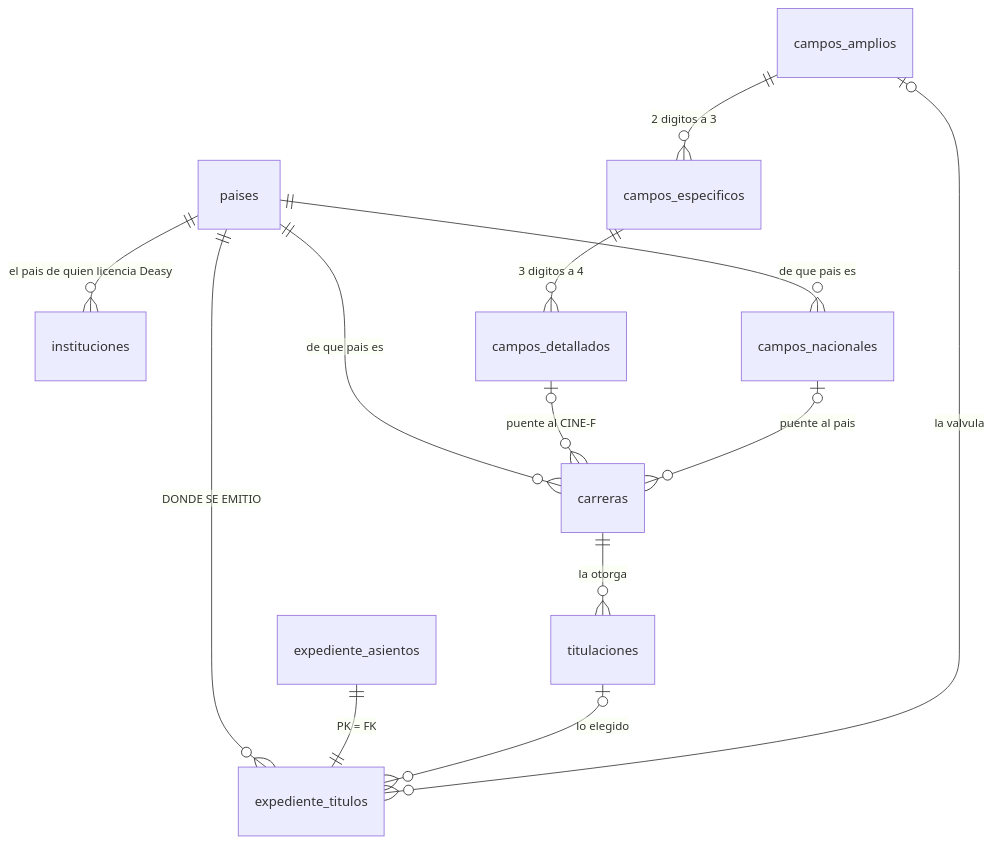
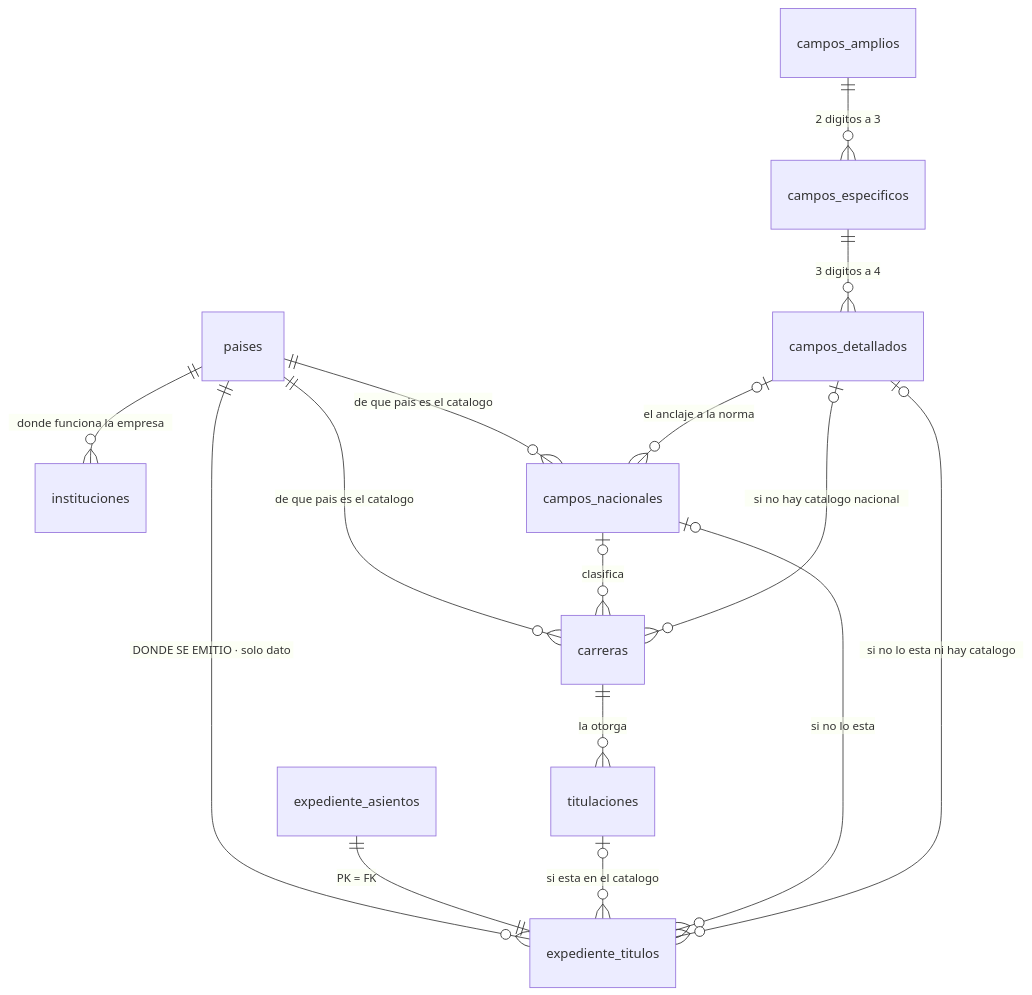
One commit to fresvel/deasy changed the fourth of 8 diagrams in docs/src/content/docs/complemento/expediente.md. Above: the diagram before and after it, drawn with Mermaid. The commit also changed other lines of this file and 2 other files, not shown here.

````diff
--- a/docs/src/content/docs/complemento/expediente.md
+++ b/docs/src/content/docs/complemento/expediente.md
@@ -266,18 +277,20 @@
 ```mermaid
 erDiagram
-  paises ||--o{ instituciones : "el pais de quien licencia Deasy"
-  paises ||--o{ campos_nacionales : "de que pais es"
-  paises ||--o{ carreras : "de que pais es"
-  paises ||--o{ expediente_titulos : "DONDE SE EMITIO"
+  paises ||--o{ instituciones : "donde funciona la empresa"
+  paises ||--o{ campos_nacionales : "de que pais es el catalogo"
+  paises ||--o{ carreras : "de que pais es el catalogo"
+  paises ||--o{ expediente_titulos : "DONDE SE EMITIO · solo dato"
 
   campos_amplios ||--o{ campos_especificos : "2 digitos a 3"
   campos_especificos ||--o{ campos_detallados : "3 digitos a 4"
+  campos_detallados |o--o{ campos_nacionales : "el anclaje a la norma"
 
-  campos_detallados |o--o{ carreras : "puente al CINE-F"
-  campos_nacionales |o--o{ carreras : "puente al pais"
+  campos_nacionales |o--o{ carreras : "clasifica"
+  campos_detallados |o--o{ carreras : "si no hay catalogo nacional"
   carreras ||--o{ titulaciones : "la otorga"
 
   expediente_asientos ||--|| expediente_titulos : "PK = FK"
-  titulaciones |o--o{ expediente_titulos : "lo elegido"
-  campos_amplios |o--o{ expediente_titulos : "la valvula"
+  titulaciones |o--o{ expediente_titulos : "si esta en el catalogo"
+  campos_nacionales |o--o{ expediente_titulos : "si no lo esta"
+  campos_detallados |o--o{ expediente_titulos : "si no lo esta ni hay catalogo"
 ```
````
